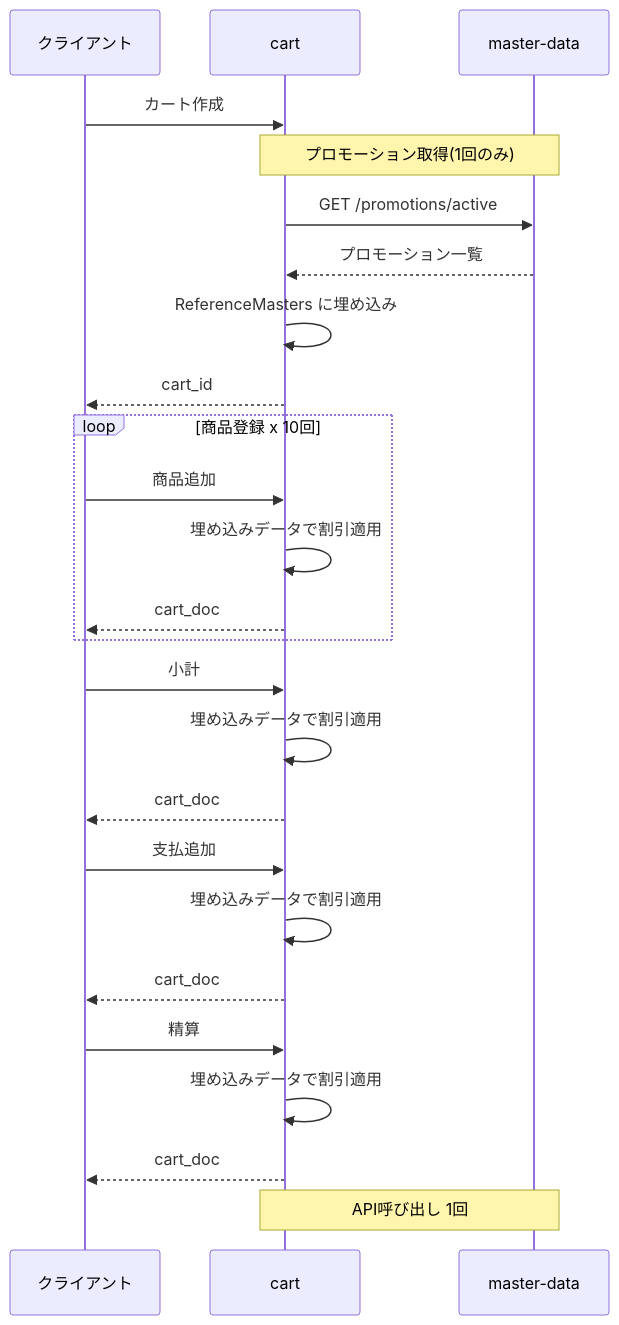
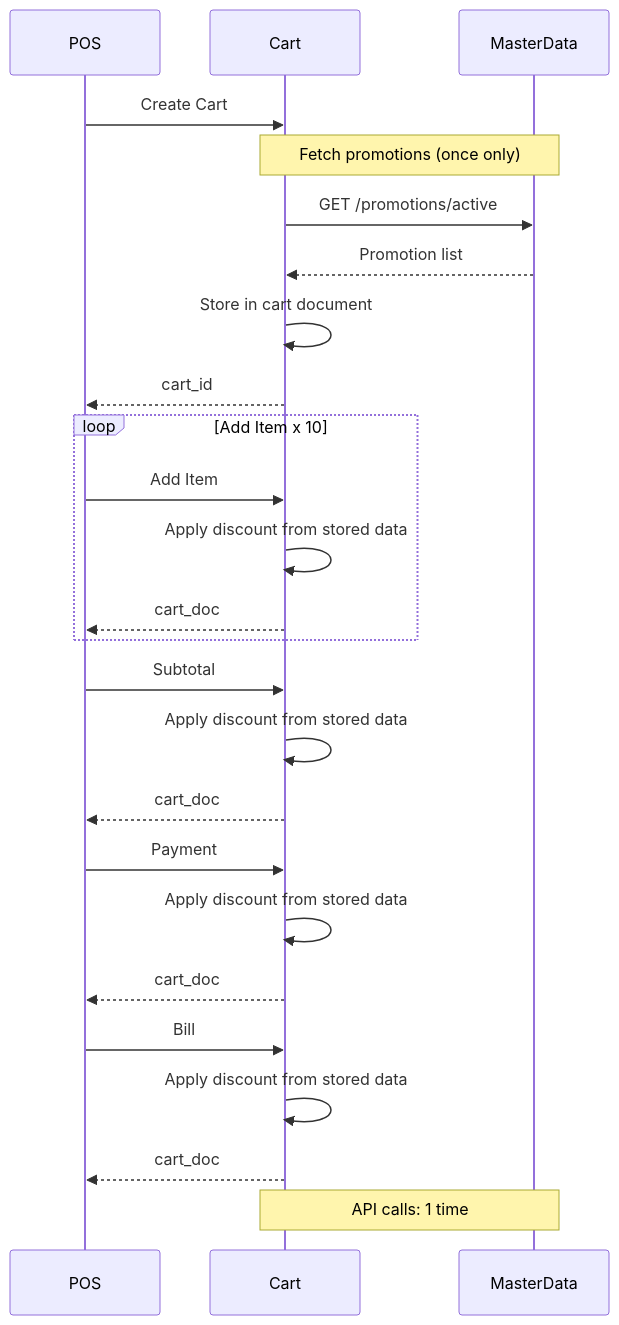
Before and after one commit to kugel-masa/kugelpos-backend: the sixth of 6 diagrams in specs/71-promotion-cache/sequence-comparison.md, drawn with Mermaid. The commit also changed other lines of this file and 1 other file, not shown here.

Commit message:
docs: Add proposal document and translate sequence diagrams to English (#71)

````diff
--- a/specs/71-promotion-cache/sequence-comparison.md
+++ b/specs/71-promotion-cache/sequence-comparison.md
@@ -137,33 +137,33 @@
 ```mermaid
 sequenceDiagram
-    participant Client as クライアント
-    participant Cart as cart
-    participant MD as master-data
+    participant POS
+    participant Cart
+    participant MasterData
 
-    Client->>Cart: カート作成
-    Note over Cart,MD: プロモーション取得(1回のみ)
-    Cart->>MD: GET /promotions/active
-    MD-->>Cart: プロモーション一覧
-    Cart->>Cart: ReferenceMasters に埋め込み
-    Cart-->>Client: cart_id
+    POS->>Cart: Create Cart
+    Note over Cart,MasterData: Fetch promotions (once only)
+    Cart->>MasterData: GET /promotions/active
+    MasterData-->>Cart: Promotion list
+    Cart->>Cart: Store in cart document
+    Cart-->>POS: cart_id
 
-    loop 商品登録 x 10回
-        Client->>Cart: 商品追加
-        Cart->>Cart: 埋め込みデータで割引適用
-        Cart-->>Client: cart_doc
+    loop Add Item x 10
+        POS->>Cart: Add Item
+        Cart->>Cart: Apply discount from stored data
+        Cart-->>POS: cart_doc
     end
 
-    Client->>Cart: 小計
-    Cart->>Cart: 埋め込みデータで割引適用
-    Cart-->>Client: cart_doc
+    POS->>Cart: Subtotal
+    Cart->>Cart: Apply discount from stored data
+    Cart-->>POS: cart_doc
 
-    Client->>Cart: 支払追加
-    Cart->>Cart: 埋め込みデータで割引適用
-    Cart-->>Client: cart_doc
+    POS->>Cart: Payment
+    Cart->>Cart: Apply discount from stored data
+    Cart-->>POS: cart_doc
 
-    Client->>Cart: 精算
-    Cart->>Cart: 埋め込みデータで割引適用
-    Cart-->>Client: cart_doc
+    POS->>Cart: Bill
+    Cart->>Cart: Apply discount from stored data
+    Cart-->>POS: cart_doc
 
-    Note over Cart,MD: API呼び出し 1回
+    Note over Cart,MasterData: API calls: 1 time
 ```
````
